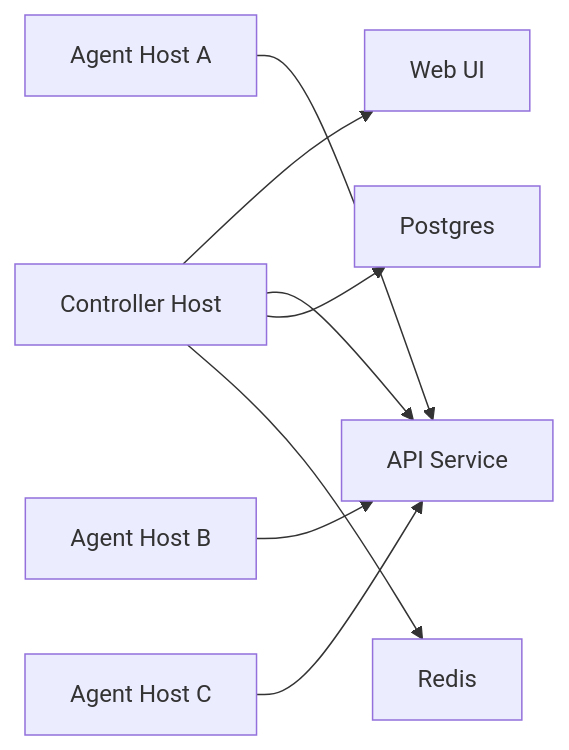
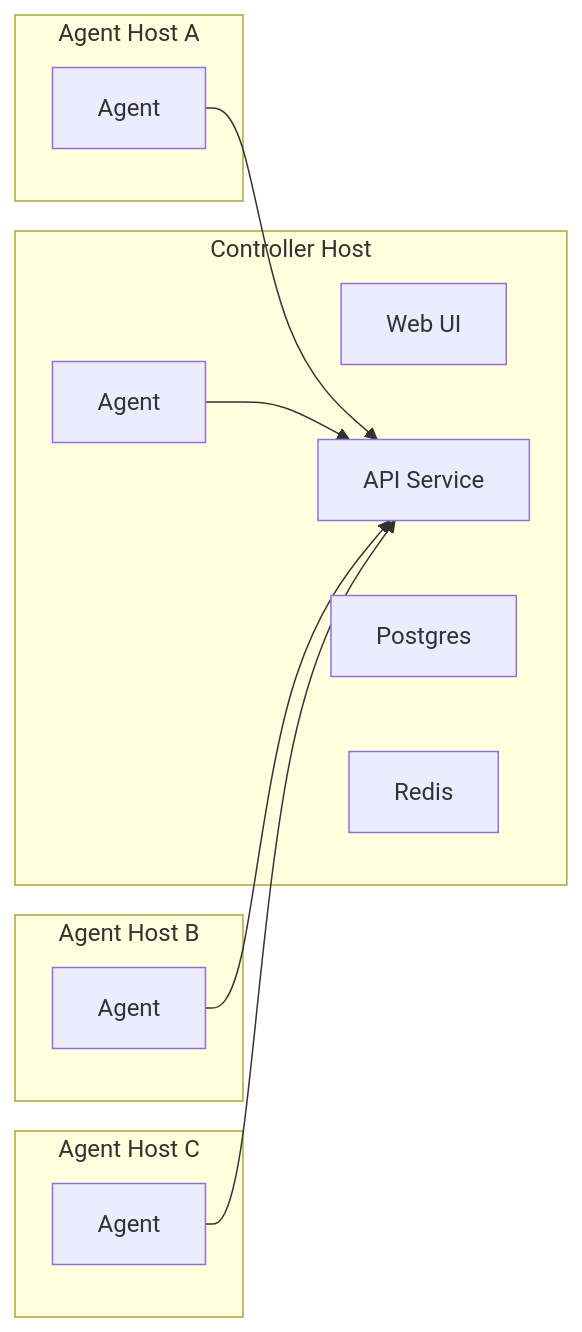
Before and after one commit to riannom/archetype-iac: the first of 3 diagrams in README.md, drawn with Mermaid.

Commit message:
docs: restructure install diagram

````diff
--- a/README.md
+++ b/README.md
@@ -18,11 +18,27 @@
 ```mermaid
 flowchart LR
-  controller[Controller Host] --> web[Web UI]
-  controller --> api[API Service]
-  controller --> db[Postgres]
-  controller --> redis[Redis]
+  subgraph ControllerHost[Controller Host]
+    web[Web UI]
+    api[API Service]
+    db[Postgres]
+    redis[Redis]
+    localagent[Agent]
+  end
 
-  agent1[Agent Host A] --> api
-  agent2[Agent Host B] --> api
-  agent3[Agent Host C] --> api
+  subgraph AgentHostA[Agent Host A]
+    agentA[Agent]
+  end
+
+  subgraph AgentHostB[Agent Host B]
+    agentB[Agent]
+  end
+
+  subgraph AgentHostC[Agent Host C]
+    agentC[Agent]
+  end
+
+  localagent --> api
+  agentA --> api
+  agentB --> api
+  agentC --> api
 ```
````
